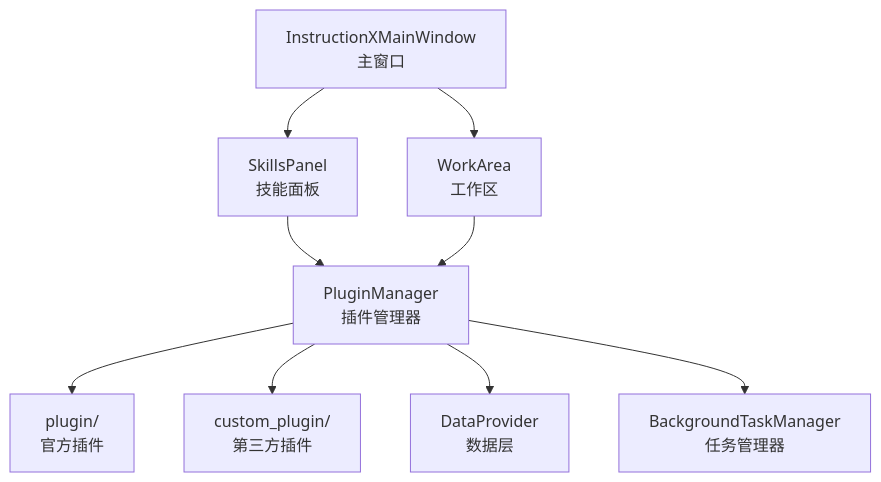
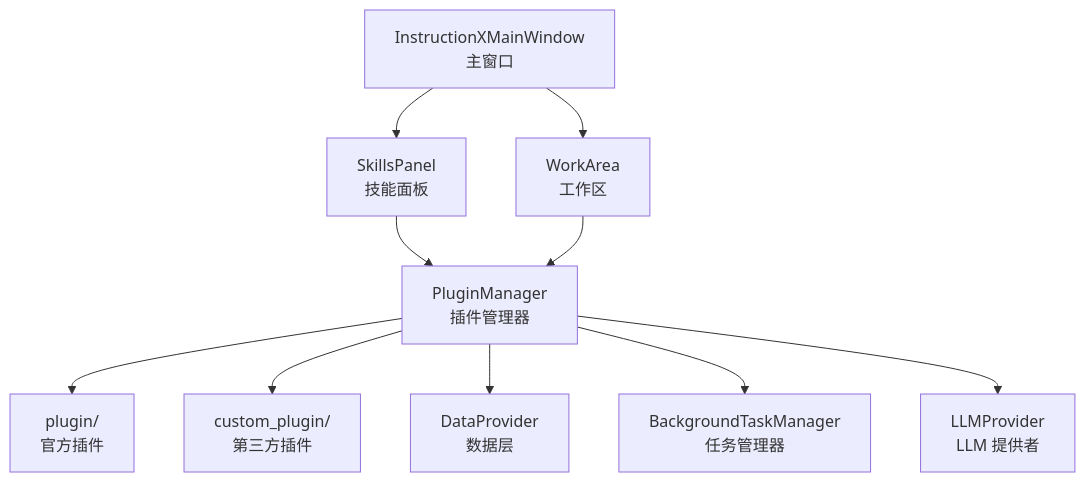
The diagram in README.md (KKPIP-Tech/InstructionX), drawn with Mermaid before and after one commit. The commit also changed other lines of this file and 2 other files, not shown here.

First line of the commit message:
docs: 更新 README 文档，添加 LLM 集成与 FluentUI3 主题系统说明

````diff
--- a/README.md
+++ b/README.md
@@ -115,14 +144,15 @@
 ```mermaid
 graph TD
     A[InstructionXMainWindow<br/>主窗口] --> B[SkillsPanel<br/>技能面板]
     A --> C[WorkArea<br/>工作区]
 
     B --> D[PluginManager<br/>插件管理器]
     C --> D
 
     D --> E[plugin/<br/>官方插件]
     D --> F[custom_plugin/<br/>第三方插件]
 
     D --> G[DataProvider<br/>数据层]
     D --> H[BackgroundTaskManager<br/>任务管理器]
+    D --> I[LLMProvider<br/>LLM 提供者]
 ```
````
